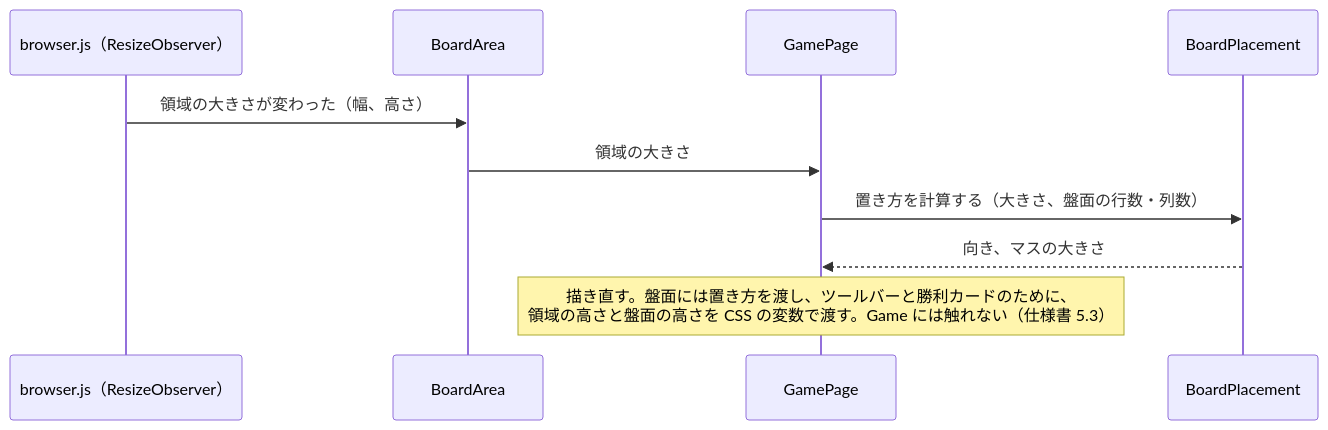
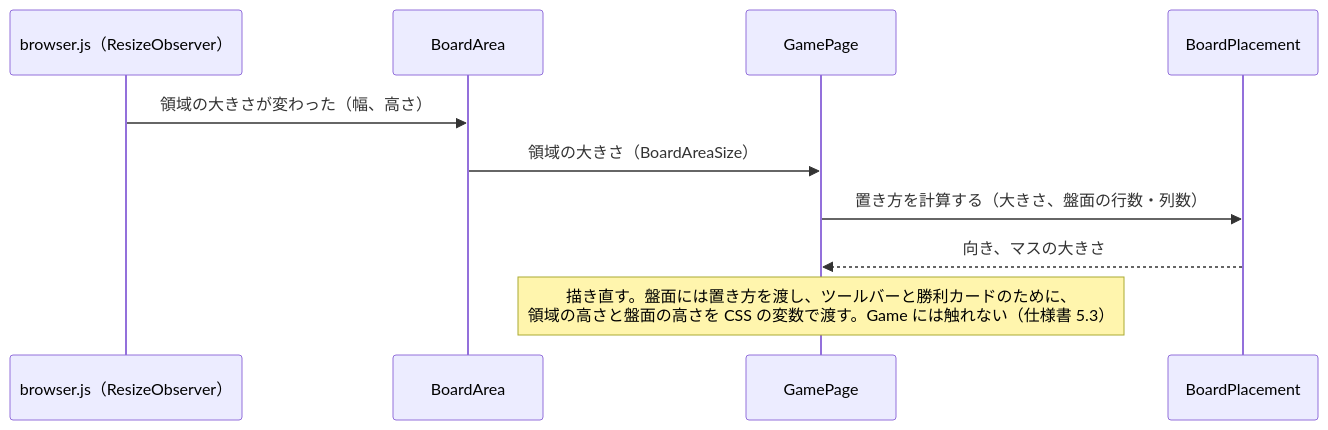
One commit to Fujiwo/Shos.Minesweeper changed the tenth of 12 diagrams in docs/04-architecture.md. Above: the diagram before and after it, drawn with Mermaid. The commit also changed other lines of this file and 3 other files, not shown here.

Commit message:
docs: Update progress for version 1.1.0, reflecting changes in class design and architecture review

````diff
--- a/docs/04-architecture.md
+++ b/docs/04-architecture.md
@@ -495,12 +496,12 @@
 ```mermaid
 sequenceDiagram
     participant JS as browser.js（ResizeObserver）
     participant BA as BoardArea
     participant GamePage
     participant BP as BoardPlacement
     JS->>BA: 領域の大きさが変わった（幅、高さ）
-    BA->>GamePage: 領域の大きさ
+    BA->>GamePage: 領域の大きさ（BoardAreaSize）
     GamePage->>BP: 置き方を計算する（大きさ、盤面の行数・列数）
     BP-->>GamePage: 向き、マスの大きさ
     Note over GamePage: 描き直す。盤面には置き方を渡し、ツールバーと勝利カードのために、<br/>領域の高さと盤面の高さを CSS の変数で渡す。Game には触れない（仕様書 5.3）
 ```
````
